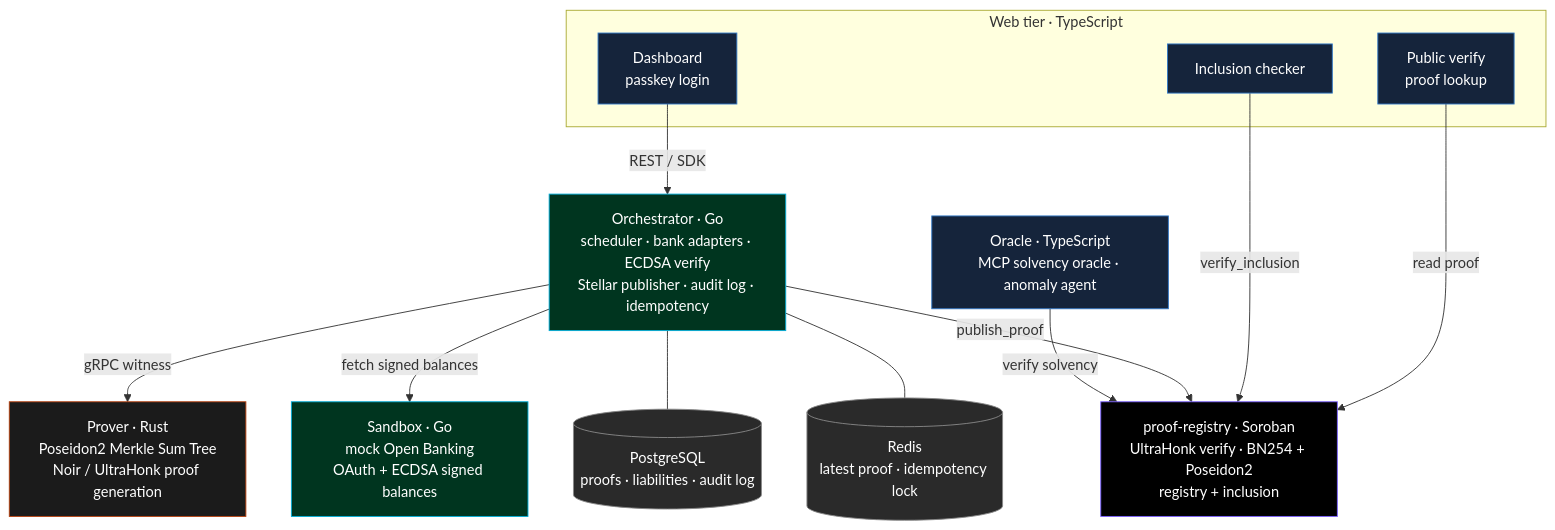
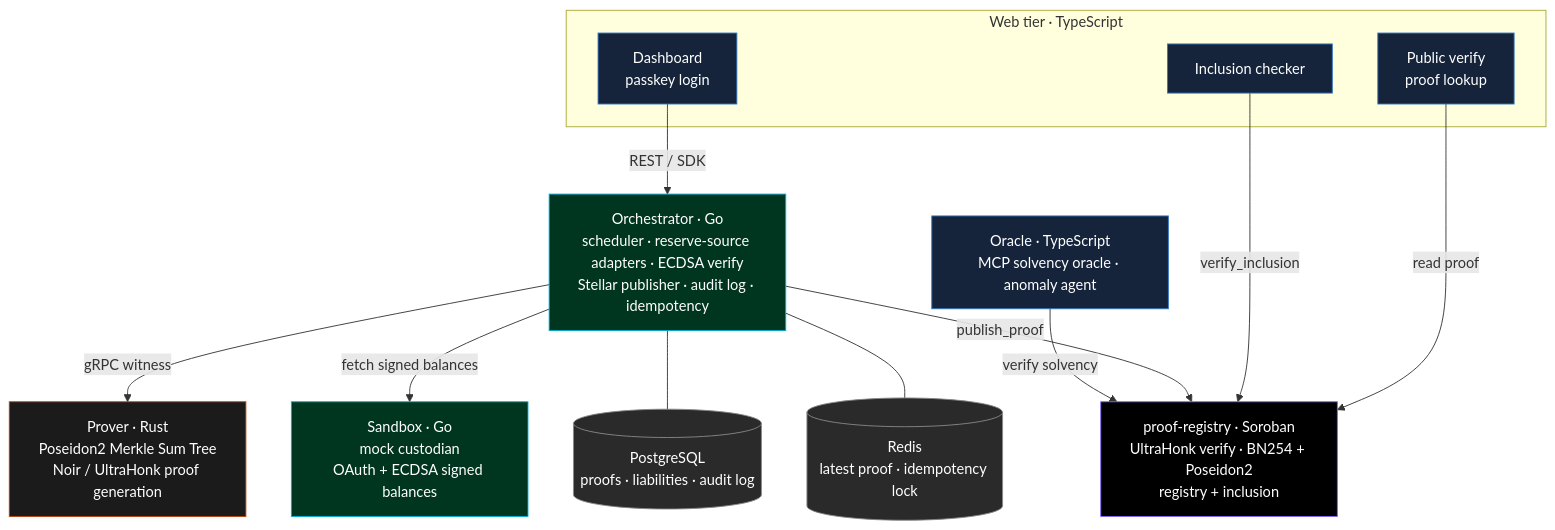
The diagram in README.md (jes-labs/solva), drawn with Mermaid before and after one commit. The commit also changed other lines of this file and 64 other files, not shown here.

First line of the commit message:
fix(reserves): price the sandbox in USD and name the reserve source, not a bank (#199)

````diff
--- a/README.md
+++ b/README.md
@@ -41,41 +39,41 @@
 ```mermaid
 flowchart TB
     subgraph WEB["Web tier · TypeScript"]
         DASH["Dashboard<br/>passkey login"]
         PUB["Public verify<br/>proof lookup"]
         INC["Inclusion checker"]
     end
 
-    ORCH["Orchestrator · Go<br/>scheduler · bank adapters · ECDSA verify<br/>Stellar publisher · audit log · idempotency"]
+    ORCH["Orchestrator · Go<br/>scheduler · reserve-source adapters · ECDSA verify<br/>Stellar publisher · audit log · idempotency"]
 
     PROVER["Prover · Rust<br/>Poseidon2 Merkle Sum Tree<br/>Noir / UltraHonk proof generation"]
-    SANDBOX["Sandbox · Go<br/>mock Open Banking<br/>OAuth + ECDSA signed balances"]
+    SANDBOX["Sandbox · Go<br/>mock custodian<br/>OAuth + ECDSA signed balances"]
     CONTRACT["proof-registry · Soroban<br/>UltraHonk verify · BN254 + Poseidon2<br/>registry + inclusion"]
     ORACLE["Oracle · TypeScript<br/>MCP solvency oracle · anomaly agent"]
 
     PG[("PostgreSQL<br/>proofs · liabilities · audit log")]
     REDIS[("Redis<br/>latest proof · idempotency lock")]
 
     DASH -->|REST / SDK| ORCH
     PUB -->|read proof| CONTRACT
     INC -->|verify_inclusion| CONTRACT
 
     ORCH -->|gRPC witness| PROVER
     ORCH -->|fetch signed balances| SANDBOX
     ORCH -->|publish_proof| CONTRACT
     ORCH --- PG
     ORCH --- REDIS
     ORACLE -->|verify solvency| CONTRACT
 
     classDef rust fill:#1b1b1b,stroke:#b7410e,color:#fff;
     classDef go fill:#00351f,stroke:#00ADD8,color:#fff;
     classDef ts fill:#15243b,stroke:#3178C6,color:#fff;
     classDef chain fill:#000,stroke:#7b61ff,color:#fff;
     classDef data fill:#2a2a2a,stroke:#888,color:#fff;
 
     class PROVER rust;
     class ORCH,SANDBOX go;
     class DASH,PUB,INC,ORACLE ts;
     class CONTRACT chain;
     class PG,REDIS data;
 ```
````
